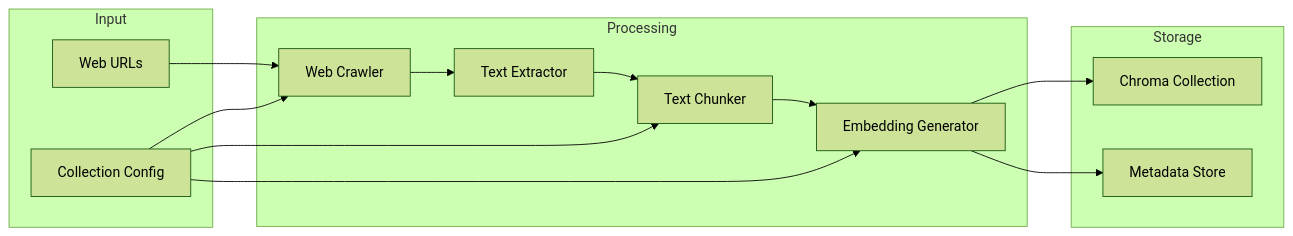
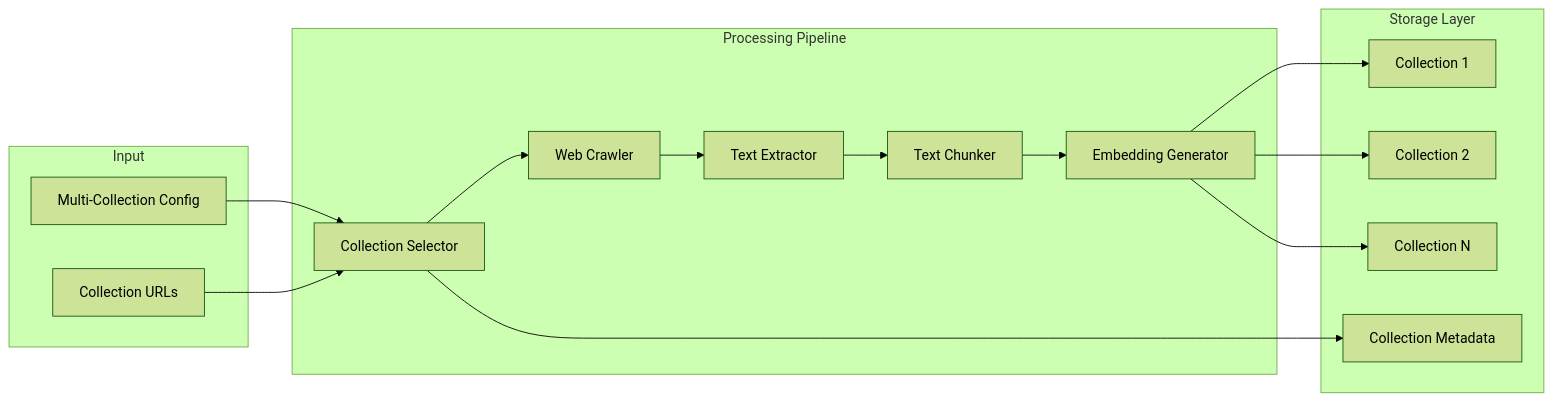
The third of 9 diagrams in docs/multi-collection-diagrams.md (zeddq/web-rag), drawn with Mermaid (forest theme) before and after one commit. The commit also changed other lines of this file and 17 other files, not shown here.

````diff
--- a/docs/multi-collection-diagrams.md
+++ b/docs/multi-collection-diagrams.md
@@ -80,30 +82,33 @@
 ```mermaid
 graph LR
     subgraph "Input"
-        URLs[Web URLs]
-        Config[Collection Config]
+        MC[Multi-Collection Config]
+        URLs[Collection URLs]
     end
     
-    subgraph "Processing"
+    subgraph "Processing Pipeline"
+        CS[Collection Selector]
         Crawler[Web Crawler]
         Extractor[Text Extractor]
         Chunker[Text Chunker]
         Embedder[Embedding Generator]
     end
     
-    subgraph "Storage"
-        Chroma[Chroma Collection]
-        Metadata[Metadata Store]
+    subgraph "Storage Layer"
+        C1[Collection 1]
+        C2[Collection 2]
+        CN[Collection N]
+        Meta[Collection Metadata]
     end
     
-    URLs --> Crawler
-    Config --> Crawler
+    MC --> CS
+    URLs --> CS
+    CS --> Crawler
     Crawler --> Extractor
     Extractor --> Chunker
     Chunker --> Embedder
-    Embedder --> Chroma
-    Embedder --> Metadata
-    
-    Config --> Chunker
-    Config --> Embedder
+    Embedder --> C1
+    Embedder --> C2
+    Embedder --> CN
+    CS --> Meta
 ```
````
